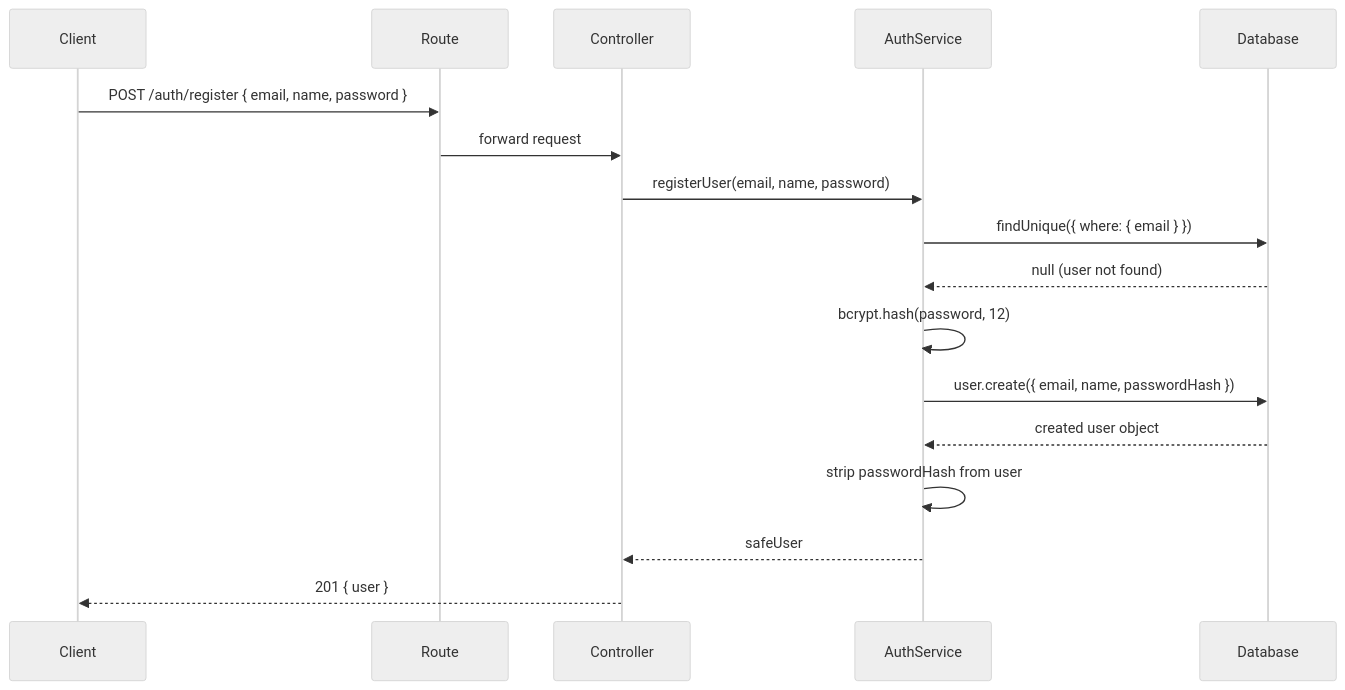
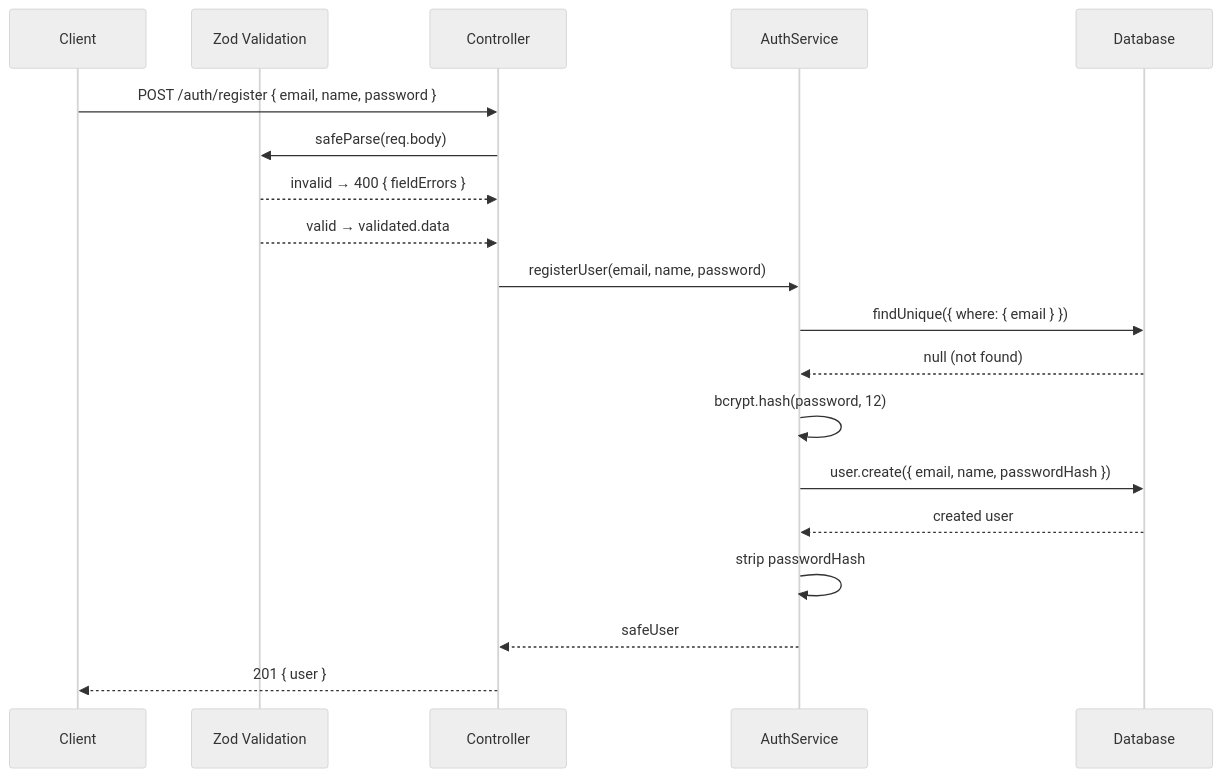
The fifth of 7 diagrams in documentation.md (abbari6566/Dot), drawn with Mermaid (neutral theme) before and after one commit. The commit also changed other lines of this file and 9 other files, not shown here.

````diff
--- a/documentation.md
+++ b/documentation.md
@@ -273,20 +382,22 @@
 ```mermaid
 sequenceDiagram
     participant C as Client
-    participant R as Route
+    participant MW as Zod Validation
     participant Ctrl as Controller
     participant S as AuthService
     participant DB as Database
 
-    C->>R: POST /auth/register { email, name, password }
-    R->>Ctrl: forward request
+    C->>Ctrl: POST /auth/register { email, name, password }
+    Ctrl->>MW: safeParse(req.body)
+    MW-->>Ctrl: invalid → 400 { fieldErrors }
+    MW-->>Ctrl: valid → validated.data
     Ctrl->>S: registerUser(email, name, password)
     S->>DB: findUnique({ where: { email } })
-    DB-->>S: null (user not found)
+    DB-->>S: null (not found)
     S->>S: bcrypt.hash(password, 12)
     S->>DB: user.create({ email, name, passwordHash })
-    DB-->>S: created user object
-    S->>S: strip passwordHash from user
+    DB-->>S: created user
+    S->>S: strip passwordHash
     S-->>Ctrl: safeUser
     Ctrl-->>C: 201 { user }
 ```
````
